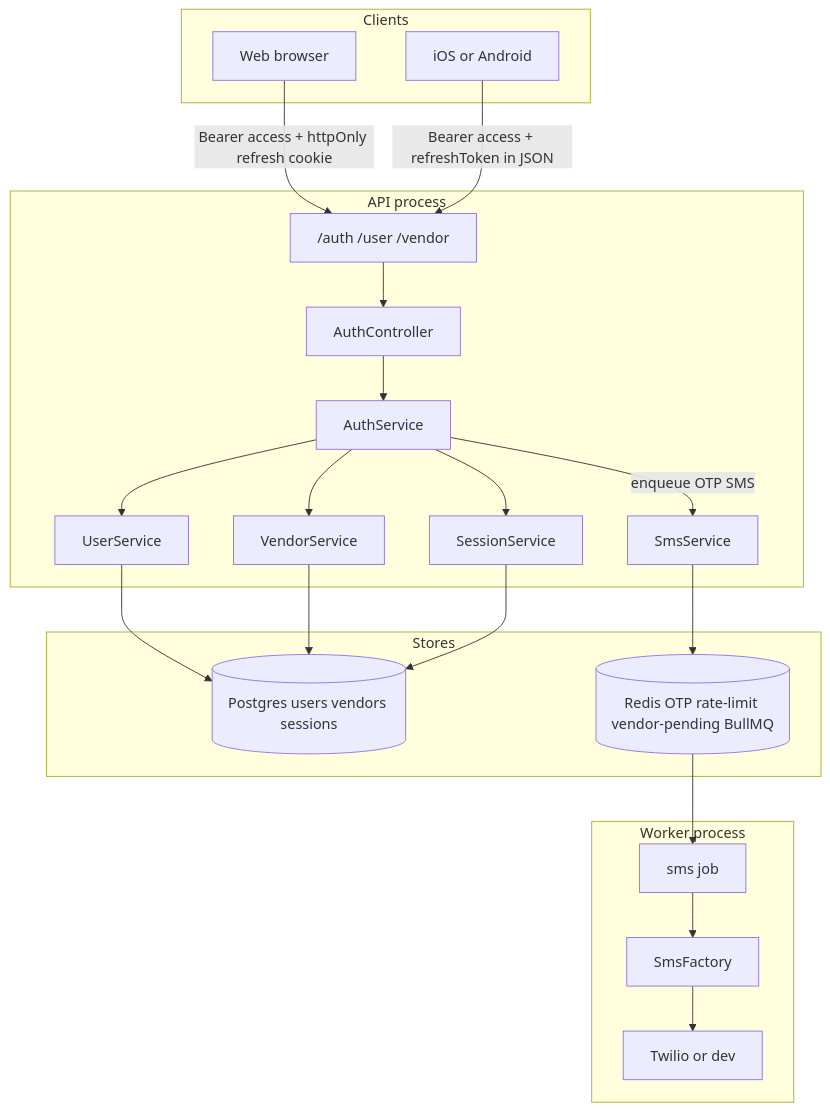
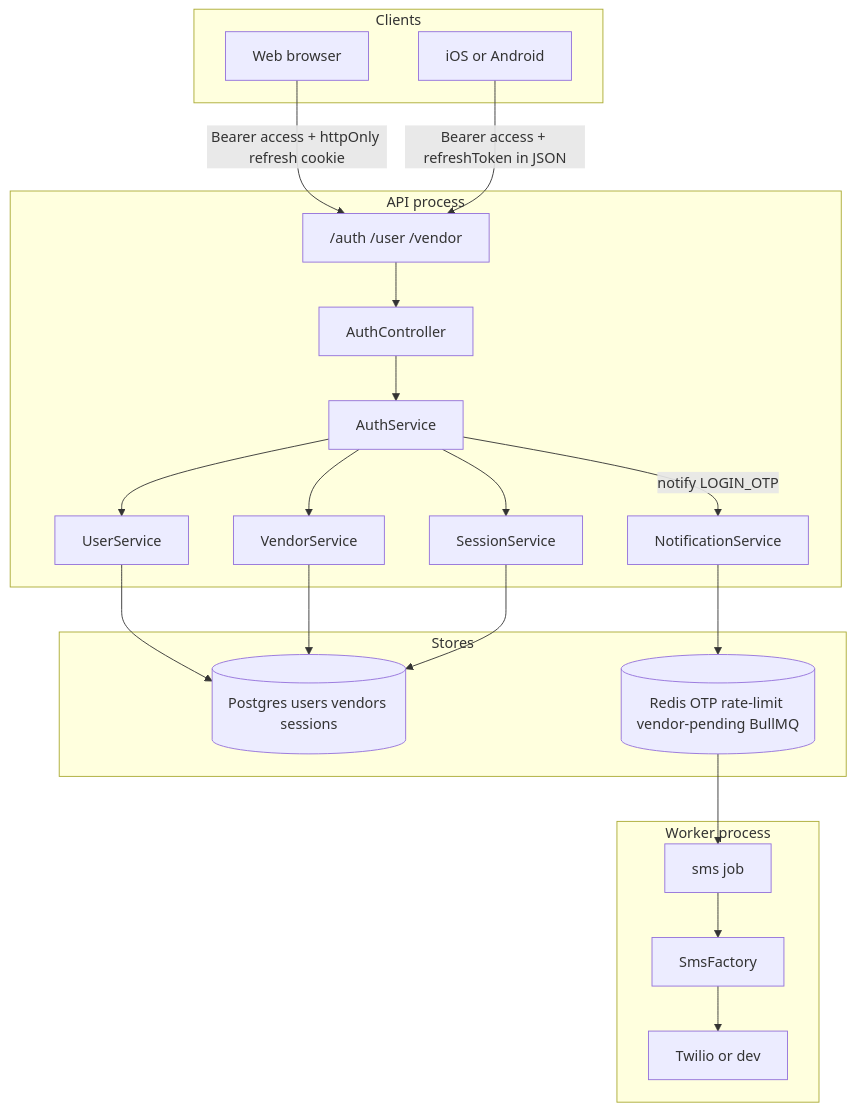
The first of 2 diagrams in backend/docs/identity.md (Ashisharjun12/decoryy.com), drawn with Mermaid before and after one commit. The commit also changed other lines of this file and 892 other files, not shown here.

````diff
--- a/backend/docs/identity.md
+++ b/backend/docs/identity.md
@@ -61,37 +61,37 @@
 ```mermaid
 flowchart TB
   subgraph clients [Clients]
     Web[Web browser]
     Mobile[iOS or Android]
   end
 
   subgraph api [API process]
     Routes["/auth /user /vendor"]
     AuthCtrl[AuthController]
     AuthSvc[AuthService]
     UserSvc[UserService]
     VendorSvc[VendorService]
     SessionSvc[SessionService]
-    SmsSvc[SmsService]
+    NotifySvc[NotificationService]
   end
 
   subgraph stores [Stores]
     PG[(Postgres users vendors sessions)]
     Redis[(Redis OTP rate-limit vendor-pending BullMQ)]
   end
 
   subgraph worker [Worker process]
     SmsJob[sms job]
     SmsFactory[SmsFactory]
     Twilio[Twilio or dev]
   end
 
   Web -->|"Bearer access + httpOnly refresh cookie"| Routes
   Mobile -->|"Bearer access + refreshToken in JSON"| Routes
   Routes --> AuthCtrl --> AuthSvc
   AuthSvc --> UserSvc --> PG
   AuthSvc --> VendorSvc --> PG
   AuthSvc --> SessionSvc --> PG
-  AuthSvc -->|"enqueue OTP SMS"| SmsSvc --> Redis
+  AuthSvc -->|"notify LOGIN_OTP"| NotifySvc --> Redis
   Redis --> SmsJob --> SmsFactory --> Twilio
 ```
````
